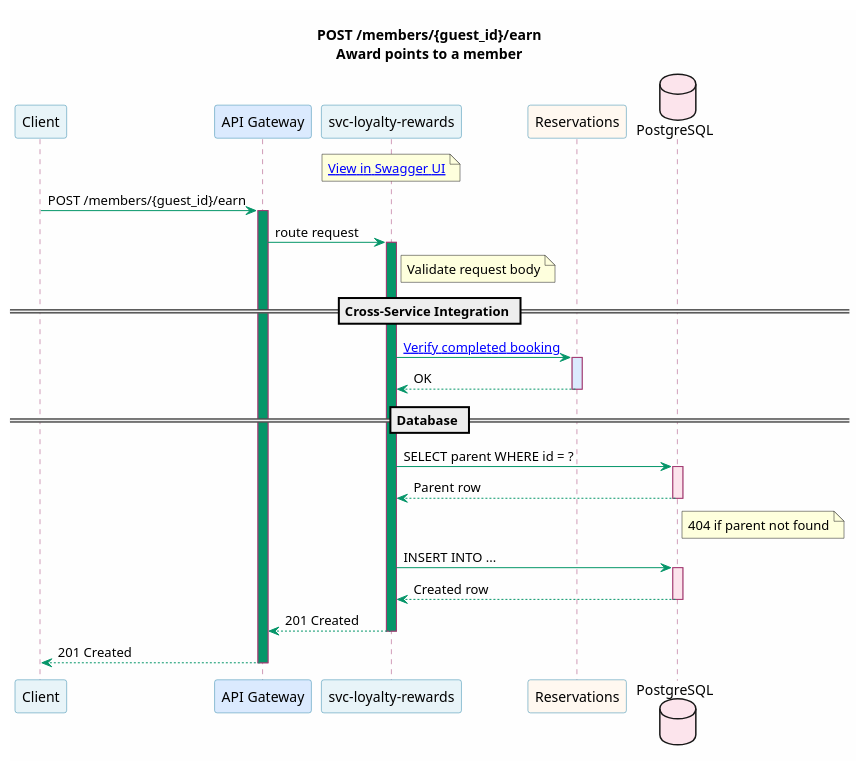
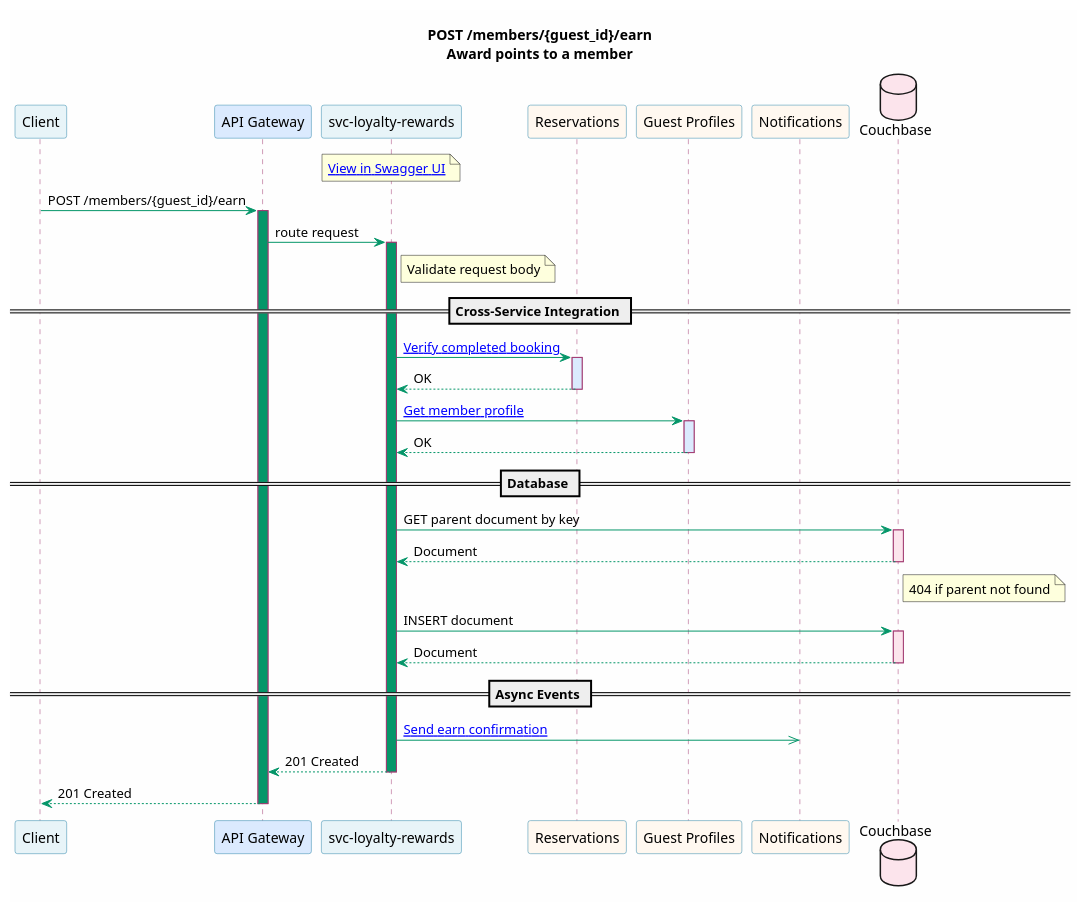
Before and after one commit to christopherblaisdell/continuous-architecture-platform-poc: the diagram in portal/docs/microservices/puml/svc-loyalty-rewards--post-members-guest_id-earn.puml, drawn with PlantUML. The commit also changed 188 other files, not shown here.

Commit message:
added more complex sequence diagrams

```diff
--- a/portal/docs/microservices/puml/svc-loyalty-rewards--post-members-guest_id-earn.puml
+++ b/portal/docs/microservices/puml/svc-loyalty-rewards--post-members-guest_id-earn.puml
@@ -1,61 +1,72 @@
 @startuml svc-loyalty-rewards--post-members-guest_id-earn
 
 skinparam backgroundColor #FEFEFE
 skinparam shadowing false
 skinparam defaultFontName "Segoe UI"
 skinparam sequence {
     ArrowColor #059669
     ParticipantBorderColor #2E86AB
     ParticipantBackgroundColor #E8F4F8
     LifeLineBorderColor #A23B72
     BoxBorderColor #F18F01
     BoxBackgroundColor #FFF8F0
     NoteBorderColor #c77b30
     NoteBackgroundColor #FEF3E7
 }
 
 title POST /members/{guest_id}/earn\nAward points to a member
 
 participant "Client" as Client
 participant "API Gateway" as GW #DBEAFE
 participant "svc-loyalty-rewards" as Svc [[/microservices/svc-loyalty-rewards/]] #E8F4F8
 participant "Reservations" as Res [[/microservices/svc-reservations/]] #FFF8F0
-database "PostgreSQL" as DB #FCE4EC
+participant "Guest Profiles" as GP [[/microservices/svc-guest-profiles/]] #FFF8F0
+participant "Notifications" as Ntfy [[/microservices/svc-notifications/]] #FFF8F0
+database "Couchbase" as DB #FCE4EC
 
 note over Svc
   [[/services/api/svc-loyalty-rewards.html#/Transactions/earnPoints View in Swagger UI]]
 end note
 
 Client -> GW : POST /members/{guest_id}/earn
 activate GW #059669
 GW -> Svc : route request
 activate Svc #059669
 
 note right of Svc : Validate request body
 
 == Cross-Service Integration ==
 
 Svc -> Res : [[/microservices/svc-reservations/#get-reservationsreservation_id-get-reservation-details Verify completed booking]]
 activate Res #DBEAFE
 Res --> Svc : OK
 deactivate Res
 
+Svc -> GP : [[/microservices/svc-guest-profiles/#get-guestsguest_id-get-guest-profile Get member profile]]
+activate GP #DBEAFE
+GP --> Svc : OK
+deactivate GP
+
 == Database ==
 
-Svc -> DB : SELECT parent WHERE id = ?
+Svc -> DB : GET parent document by key
 activate DB #FCE4EC
-DB --> Svc : Parent row
+DB --> Svc : Document
 deactivate DB
 note right of DB : 404 if parent not found
 
-Svc -> DB : INSERT INTO ...
+Svc -> DB : INSERT document
 activate DB #FCE4EC
-DB --> Svc : Created row
+DB --> Svc : Document
 deactivate DB
+
+== Async Events ==
+
+Svc ->> Ntfy : [[/microservices/svc-notifications/#post-notifications-send-a-notification Send earn confirmation]]
 
 Svc --> GW : 201 Created
 deactivate Svc
 GW --> Client : 201 Created
 deactivate GW
 
 @enduml
```
